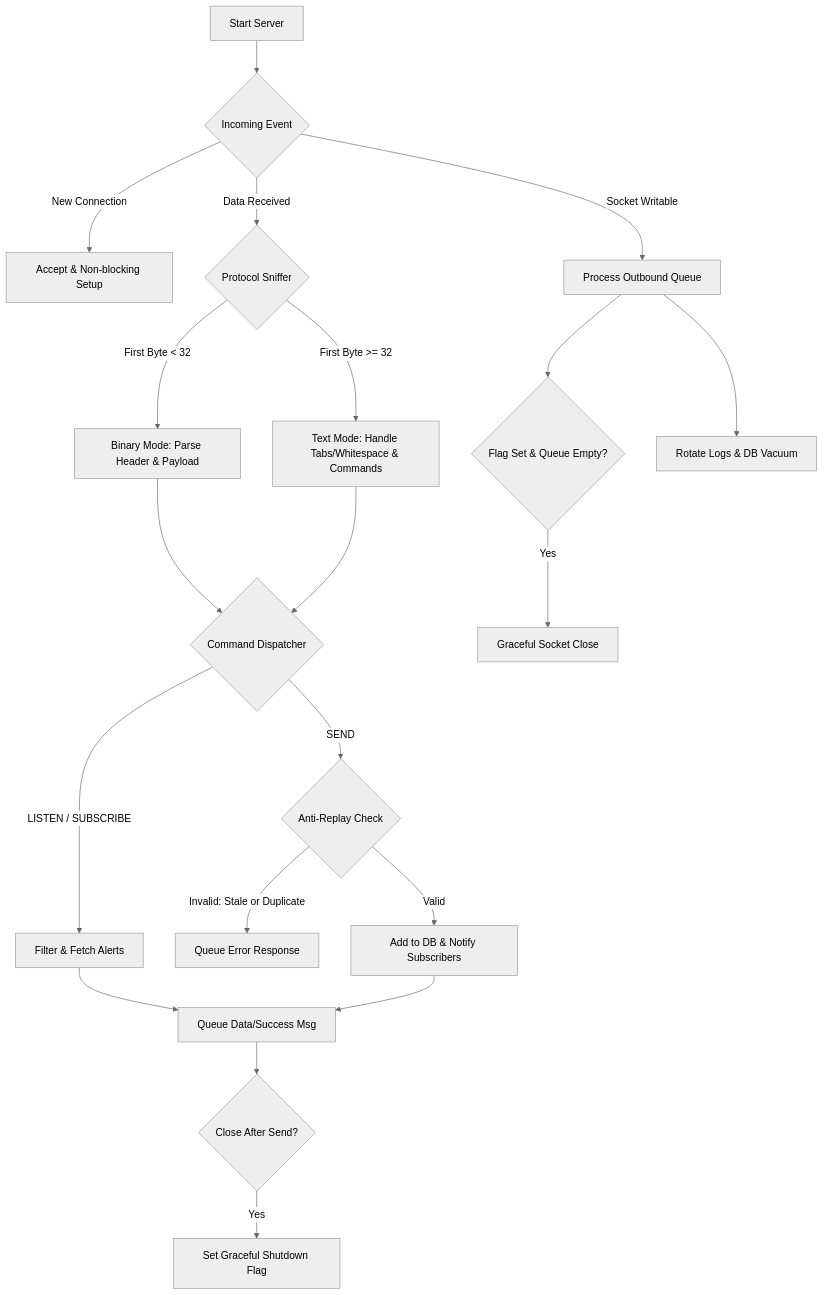
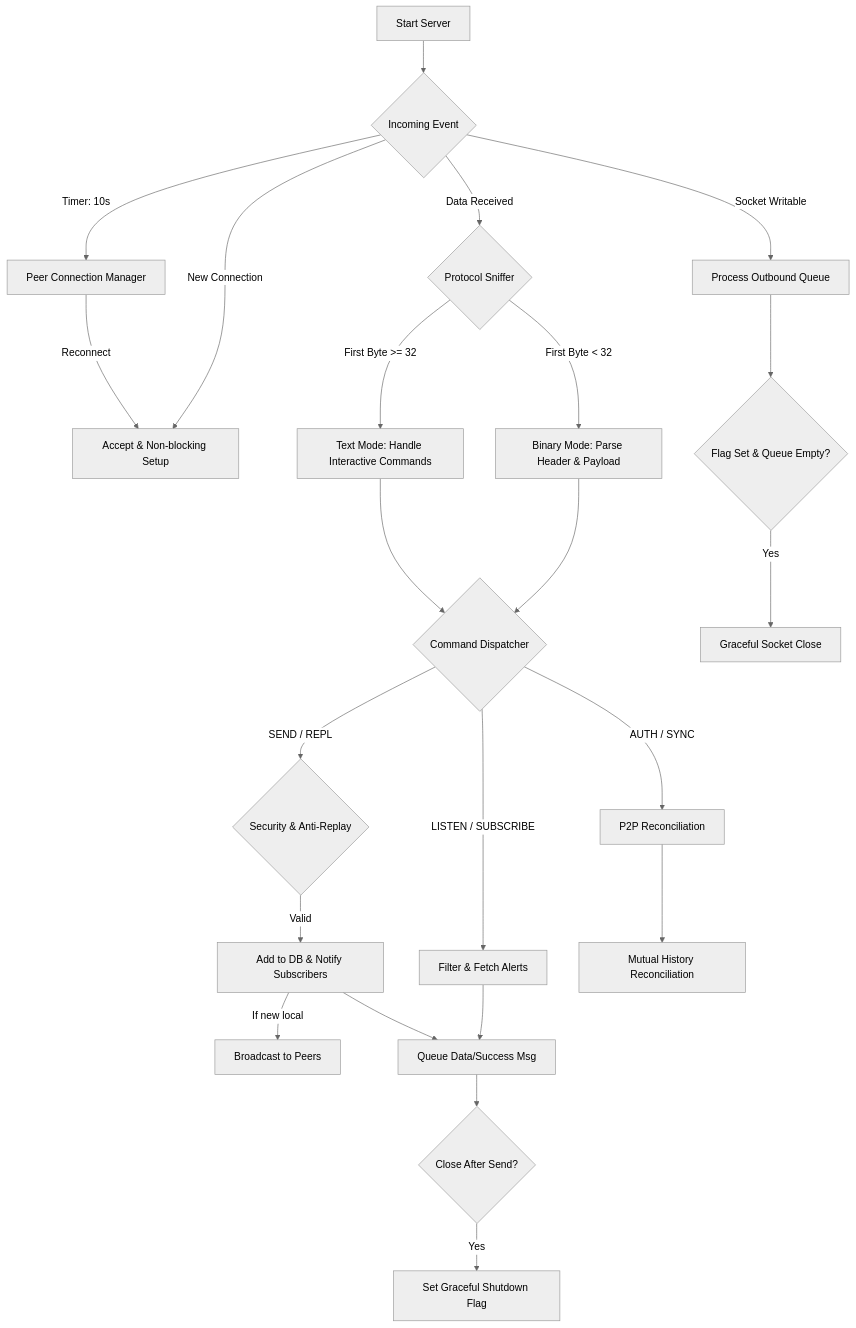
Before and after one commit to psqlmaster/gorgona: the diagram in readme.md, drawn with Mermaid (neutral theme). The commit also changed other lines of this file and 1 other file, not shown here.

Commit message:
feat: add to readme implement active-active P2P replication with mutual sync support

````diff
--- a/readme.md
+++ b/readme.md
@@ -447,30 +447,33 @@
 ```mermaid
 graph TD
     A[Start Server] --> B{Incoming Event}
     B -->|New Connection| C[Accept & Non-blocking Setup]
     B -->|Data Received| D{Protocol Sniffer}
+    B -->|Timer: 10s| REPL_MGR[Peer Connection Manager]
 
     D -->|First Byte < 32| E[Binary Mode: Parse Header & Payload]
-    D -->|First Byte >= 32| F[Text Mode: Handle Tabs/Whitespace & Commands]
+    D -->|First Byte >= 32| F[Text Mode: Handle Interactive Commands]
 
     E --> G{Command Dispatcher}
     F --> G
 
-    G -->|SEND| H{Anti-Replay Check}
+    G -->|AUTH / SYNC| REPL_LOGIC[P2P Reconciliation]
+    G -->|SEND / REPL| H{Security & Anti-Replay}
     G -->|LISTEN / SUBSCRIBE| I[Filter & Fetch Alerts]
 
-    H -->|Invalid: Stale or Duplicate| J[Queue Error Response]
     H -->|Valid| K[Add to DB & Notify Subscribers]
+    K -->|If new local| FORWARD[Broadcast to Peers]
+
+    REPL_LOGIC --> REPL_SYNC[Mutual History Reconciliation]
+    REPL_MGR -->|Reconnect| C
 
     I --> L[Queue Data/Success Msg]
     K --> L
 
     L --> M{Close After Send?}
     M -->|Yes| N[Set Graceful Shutdown Flag]
 
     B -->|Socket Writable| O[Process Outbound Queue]
     O --> P{Flag Set & Queue Empty?}
     P -->|Yes| Q[Graceful Socket Close]
-
-    O --> R[Rotate Logs & DB Vacuum]
 ```
````
